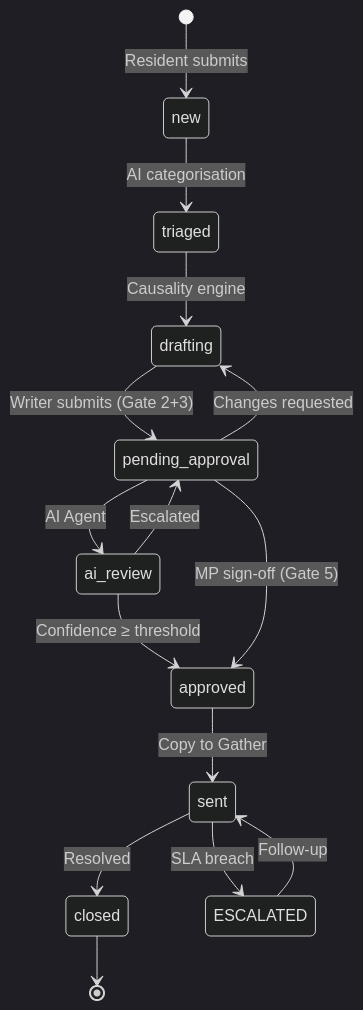
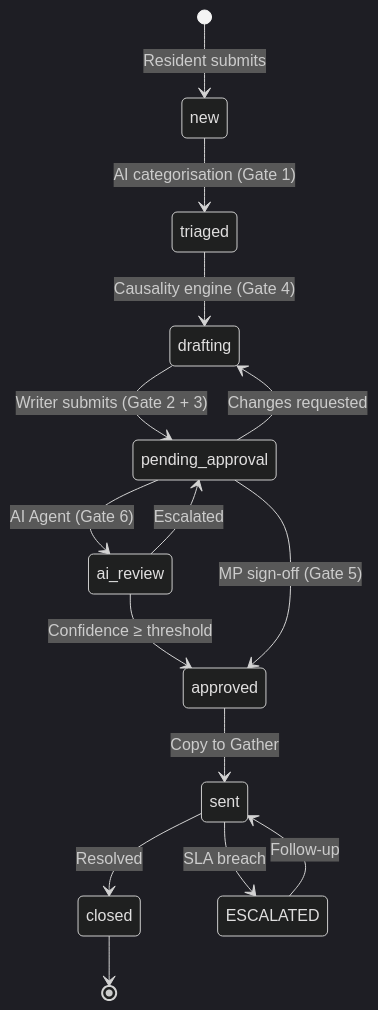
The third of 3 diagrams in README.md (thegeekybeng/mps-connect), drawn with Mermaid before and after one commit. The commit also changed other lines of this file, not shown here.

Commit message:
Fix state diagram gate labels and OWASP section cross-references
State diagram: all 6 HITL gates now labelled on their transitions
(Gate 1 at intake, Gate 4 at causality opt-in, Gate 6 at AI Agent).
Added legend block below diagram documenting each gate's type.

LLM section headings: renumbered to match 2025 OWASP list —
PII Masking (LLM06 → LLM02), Supply Chain (LLM05 → LLM03).
Prompt Injection (LLM01) was already correct.

Next.js 16: verified — next@16.2.7 exists on npm registry, pinned
in both package.json and package-lock.json. No change needed.

````diff
--- a/README.md
+++ b/README.md
@@ -140,18 +140,18 @@
 ```mermaid
 %%{init: {"theme": "dark"}}%%
 stateDiagram-v2
   [*] --> new : Resident submits
-  new --> triaged : AI categorisation
-  triaged --> drafting : Causality engine
-  drafting --> pending_approval : Writer submits (Gate 2+3)
-  pending_approval --> ai_review : AI Agent
+  new --> triaged : AI categorisation (Gate 1)
+  triaged --> drafting : Causality engine (Gate 4)
+  drafting --> pending_approval : Writer submits (Gate 2 + 3)
+  pending_approval --> ai_review : AI Agent (Gate 6)
   ai_review --> approved : Confidence ≥ threshold
   ai_review --> pending_approval : Escalated
   pending_approval --> approved : MP sign-off (Gate 5)
   pending_approval --> drafting : Changes requested
   approved --> sent : Copy to Gather
   sent --> closed : Resolved
   sent --> ESCALATED : SLA breach
   ESCALATED --> sent : Follow-up
   closed --> [*]
 ```
````
